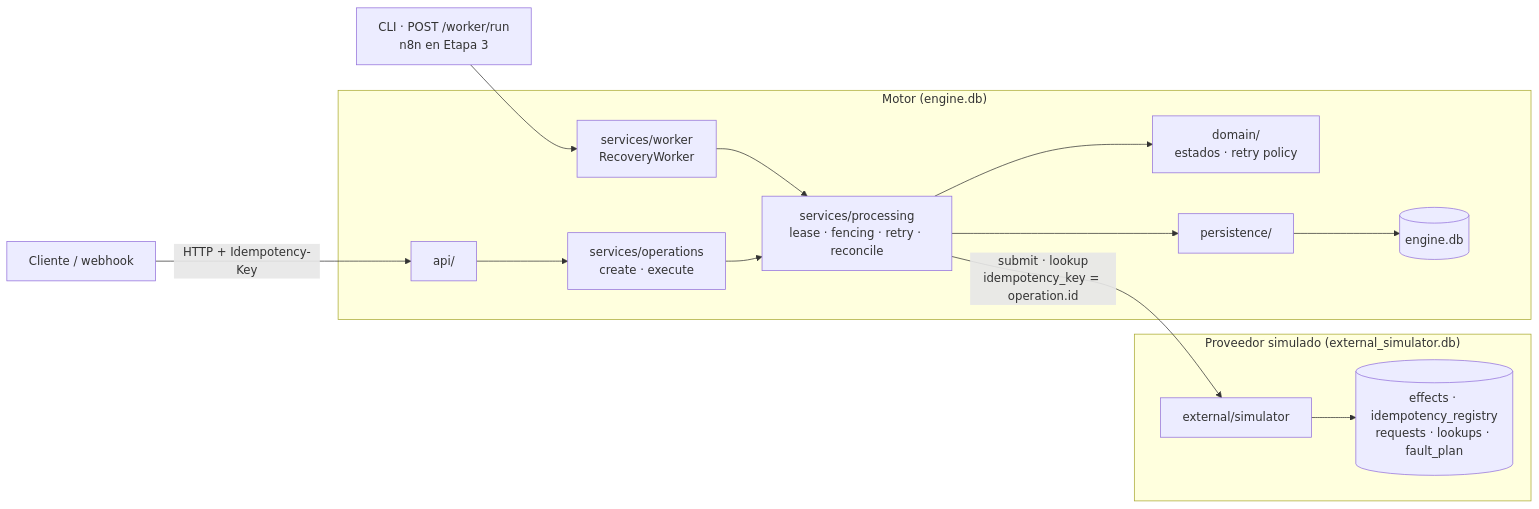
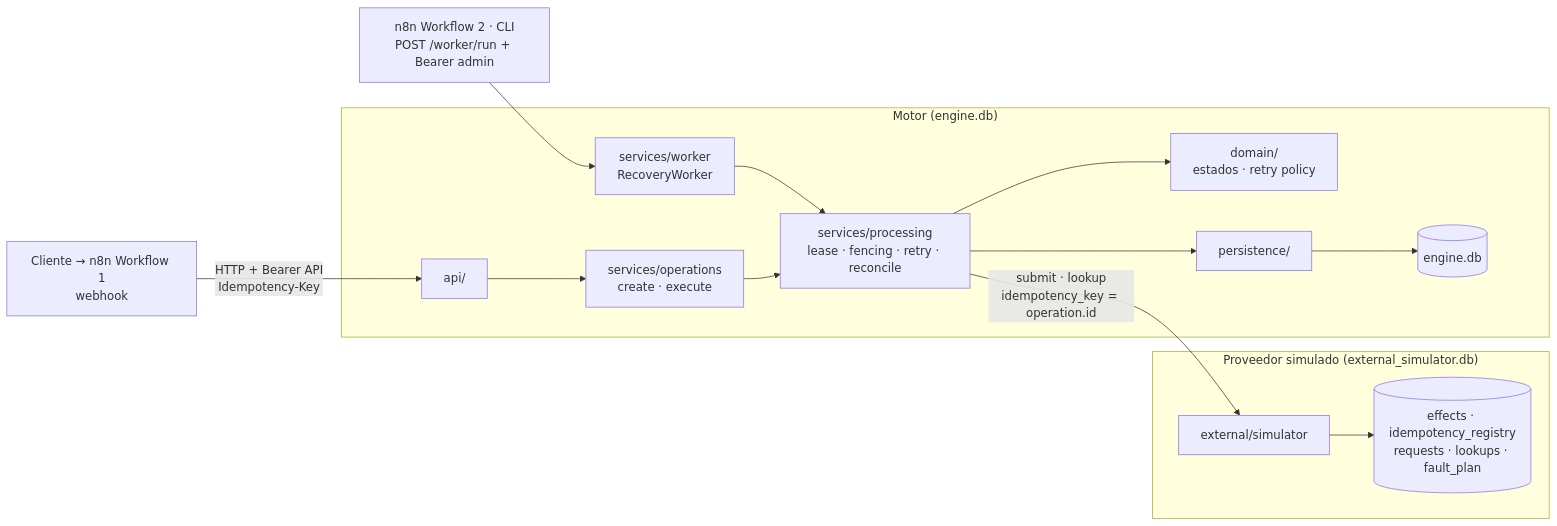
Before and after one commit to cucuarce/ai-workflow-recovery-engine: the first of 2 diagrams in README.md, drawn with Mermaid. The commit also changed other lines of this file and 28 other files, not shown here.

````diff
--- a/README.md
+++ b/README.md
@@ -36,19 +38,19 @@
 ```mermaid
 flowchart LR
-    C[Cliente / webhook] -->|HTTP + Idempotency-Key| API
-    T[CLI · POST /worker/run<br/>n8n en Etapa 3] --> W
+    C[Cliente → n8n Workflow 1<br/>webhook] -->|HTTP + Bearer API<br/>Idempotency-Key| API
+    T[n8n Workflow 2 · CLI<br/>POST /worker/run + Bearer admin] --> W
 
     subgraph Motor["Motor (engine.db)"]
         API[api/] --> SVC[services/operations<br/>create · execute]
         W[services/worker<br/>RecoveryWorker] --> P
         SVC --> P[services/processing<br/>lease · fencing · retry · reconcile]
         P --> DOM[domain/<br/>estados · retry policy]
         P --> REPO[persistence/] --> EDB[(engine.db)]
     end
 
     P -->|submit · lookup<br/>idempotency_key = operation.id| SIM
 
     subgraph Externo["Proveedor simulado (external_simulator.db)"]
         SIM[external/simulator] --> XDB[(effects · idempotency_registry<br/>requests · lookups · fault_plan)]
     end
 ```
````
